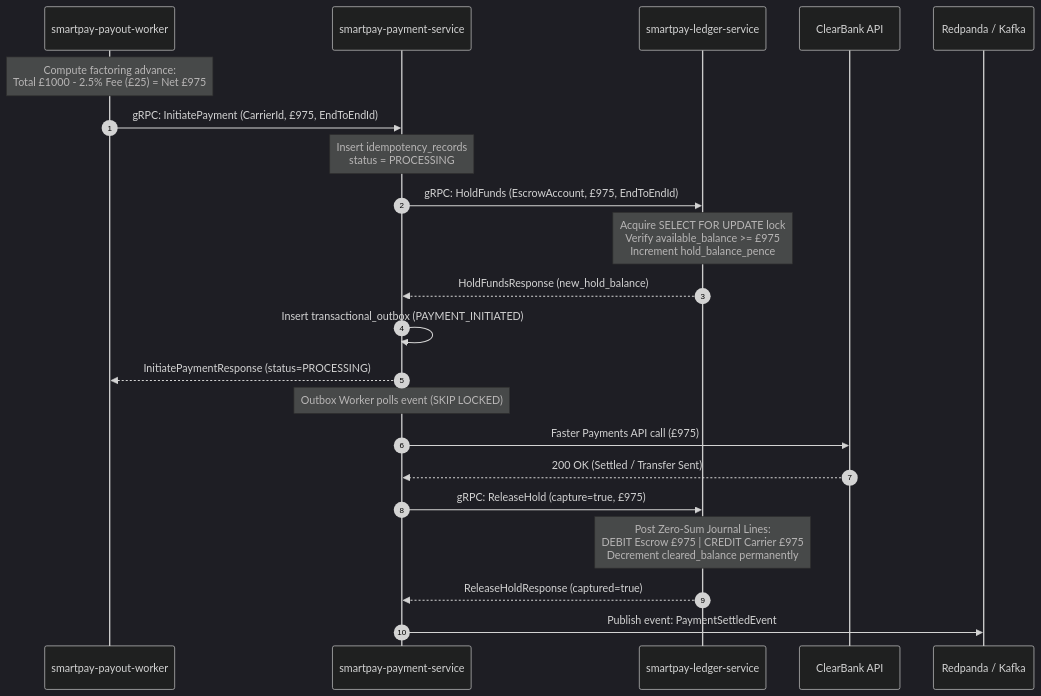
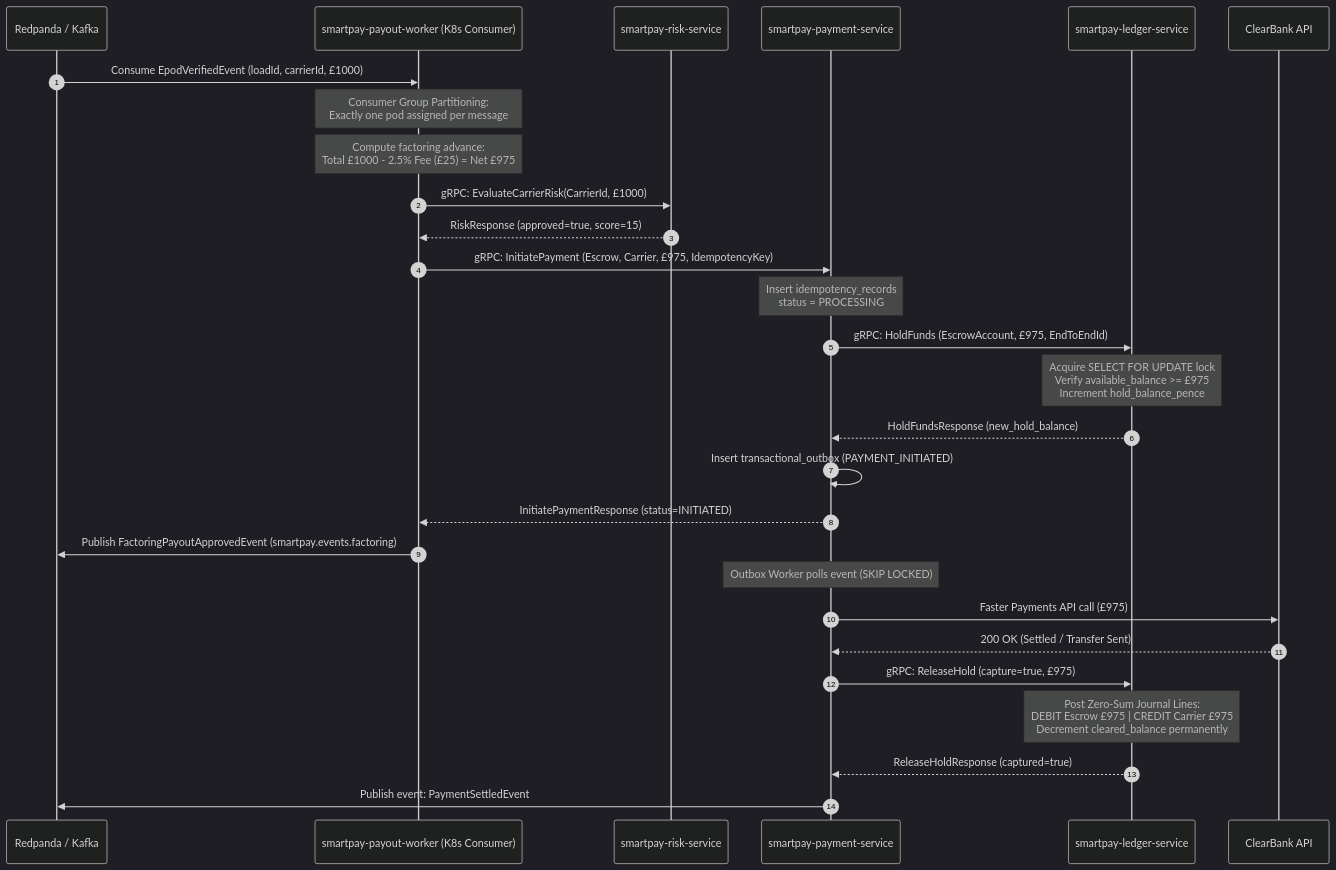
The second of 3 diagrams in docs/architecture/sequence-diagrams.md (netologist/smartpay-system), drawn with Mermaid (dark theme) before and after one commit. The commit also changed 5 other files, not shown here.

First line of the commit message:
docs(architecture): reflect event-driven kafka consumer worker design across c4, sequence diagrams, and adr-008

````diff
--- a/docs/architecture/sequence-diagrams.md
+++ b/docs/architecture/sequence-diagrams.md
@@ -47,31 +47,39 @@
 ```mermaid
 sequenceDiagram
     autonumber
-    participant Worker as smartpay-payout-worker
+    participant Kafka as Redpanda / Kafka
+    participant Worker as smartpay-payout-worker (K8s Consumer)
+    participant RiskSvc as smartpay-risk-service
     participant PaymentSvc as smartpay-payment-service
     participant LedgerSvc as smartpay-ledger-service
     participant Bank as ClearBank API
-    participant Kafka as Redpanda / Kafka
+
+    Kafka->>Worker: Consume EpodVerifiedEvent (loadId, carrierId, £1000)
+    Note over Worker: Consumer Group Partitioning:<br/>Exactly one pod assigned per message
 
     Note over Worker: Compute factoring advance:<br/>Total £1000 - 2.5% Fee (£25) = Net £975
-    Worker->>PaymentSvc: gRPC: InitiatePayment (CarrierId, £975, EndToEndId)
+    Worker->>RiskSvc: gRPC: EvaluateCarrierRisk(CarrierId, £1000)
+    RiskSvc-->>Worker: RiskResponse (approved=true, score=15)
+
+    Worker->>PaymentSvc: gRPC: InitiatePayment (Escrow, Carrier, £975, IdempotencyKey)
 
     Note over PaymentSvc: Insert idempotency_records<br/>status = PROCESSING
     PaymentSvc->>LedgerSvc: gRPC: HoldFunds (EscrowAccount, £975, EndToEndId)
     
     Note over LedgerSvc: Acquire SELECT FOR UPDATE lock<br/>Verify available_balance >= £975<br/>Increment hold_balance_pence
     LedgerSvc-->>PaymentSvc: HoldFundsResponse (new_hold_balance)
 
     PaymentSvc->>PaymentSvc: Insert transactional_outbox (PAYMENT_INITIATED)
-    PaymentSvc-->>Worker: InitiatePaymentResponse (status=PROCESSING)
+    PaymentSvc-->>Worker: InitiatePaymentResponse (status=INITIATED)
+    Worker->>Kafka: Publish FactoringPayoutApprovedEvent (smartpay.events.factoring)
 
     Note over PaymentSvc: Outbox Worker polls event (SKIP LOCKED)
     PaymentSvc->>Bank: Faster Payments API call (£975)
     Bank-->>PaymentSvc: 200 OK (Settled / Transfer Sent)
 
     PaymentSvc->>LedgerSvc: gRPC: ReleaseHold (capture=true, £975)
     Note over LedgerSvc: Post Zero-Sum Journal Lines:<br/>DEBIT Escrow £975 | CREDIT Carrier £975<br/>Decrement cleared_balance permanently
     LedgerSvc-->>PaymentSvc: ReleaseHoldResponse (captured=true)
 
     PaymentSvc->>Kafka: Publish event: PaymentSettledEvent
 ```
````
